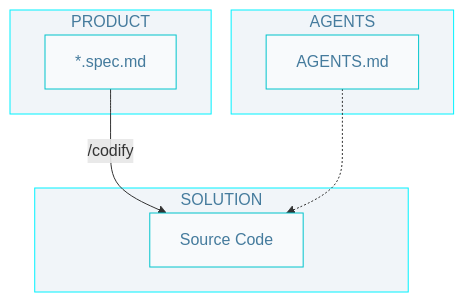
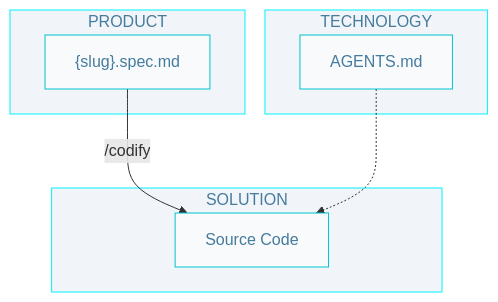
The diagram in docs/1-0-0-ecosistema_y_vibraciones/demo/1-sdd.diagram.md (AlbertoBasaloAcademy/traveltf-sdd-copilot), drawn with Mermaid before and after one commit. The commit also changed other lines of this file, not shown here.

Commit message:
fix: update specification references and improve diagram structure

````diff
--- a/docs/1-0-0-ecosistema_y_vibraciones/demo/1-sdd.diagram.md
+++ b/docs/1-0-0-ecosistema_y_vibraciones/demo/1-sdd.diagram.md
@@ -3,22 +3,22 @@
 ```mermaid
 flowchart TD
     classDef nd fill:#f8fafc,stroke:#00c4cc,color:#457b9d
     classDef sg fill:#f1f5f9,stroke:#00f2ff,color:#457b9d 
 
     subgraph P["PRODUCT"]
-        REQ["*.spec.md"]:::nd
+        REQ["{slug}.spec.md"]:::nd
     end
 
-    subgraph A["AGENTS"]
+    subgraph T["TECHNOLOGY"]
         AGT["AGENTS.md"]:::nd
     end  
 
     subgraph S["SOLUTION"]
         COD[Source Code]:::nd
     end
 
     REQ -->|/codify| COD
     AGT -.-> COD  
 
-    class P,A,S sg
+    class P,T,S sg
 ```
````
